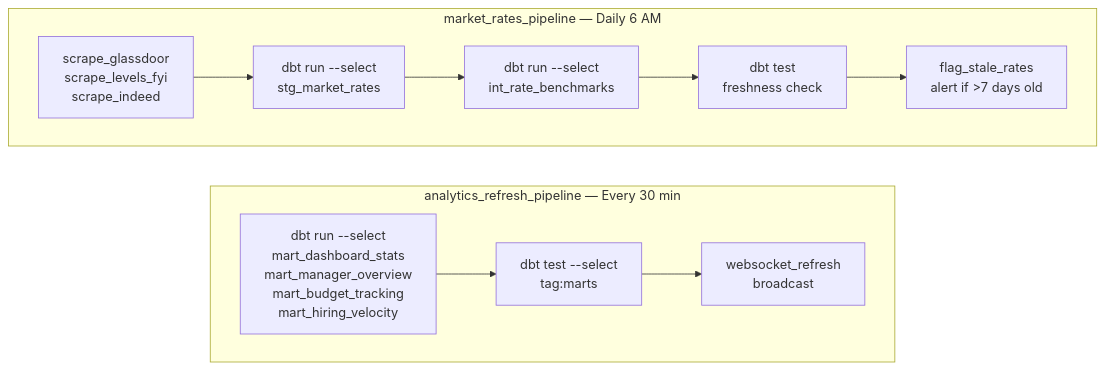
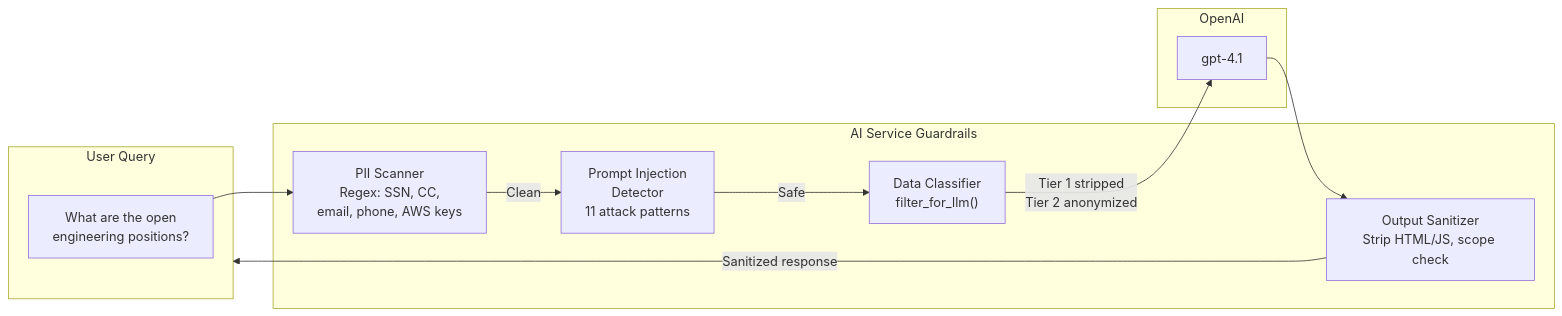
One commit to shankasf/notification_automation changed the third of 4 diagrams in README.md. Above: the diagram before and after it, drawn with Mermaid. The commit also changed other lines of this file and 53 other files, not shown here.

First line of the commit message:
feat: Add AWS SQS, CloudWatch, auth, data compliance, and guardrails

````diff
--- a/README.md
+++ b/README.md
@@ -495,20 +494,20 @@
 ```mermaid
 flowchart LR
-    subgraph Analytics["analytics_refresh_pipeline — Every 30 min"]
-        direction LR
-        A1["dbt run --select<br/>mart_dashboard_stats<br/>mart_manager_overview<br/>mart_budget_tracking<br/>mart_hiring_velocity"]
-        A2["dbt test --select<br/>tag:marts"]
-        A3["websocket_refresh<br/>broadcast"]
-        A1 --> A2 --> A3
+    subgraph User["User Query"]
+        Q["What are the open<br/>engineering positions?"]
     end
 
-    subgraph Market["market_rates_pipeline — Daily 6 AM"]
-        direction LR
-        M1["scrape_glassdoor<br/>scrape_levels_fyi<br/>scrape_indeed"]
-        M2["dbt run --select<br/>stg_market_rates"]
-        M3["dbt run --select<br/>int_rate_benchmarks"]
-        M4["dbt test<br/>freshness check"]
-        M5["flag_stale_rates<br/>alert if >7 days old"]
-        M1 --> M2 --> M3 --> M4 --> M5
+    subgraph Guards["AI Service Guardrails"]
+        PII["PII Scanner<br/>Regex: SSN, CC,<br/>email, phone, AWS keys"]
+        PI["Prompt Injection<br/>Detector<br/>11 attack patterns"]
+        DC["Data Classifier<br/>filter_for_llm()"]
+        OS["Output Sanitizer<br/>Strip HTML/JS, scope check"]
     end
+
+    subgraph LLM["OpenAI"]
+        GPT[gpt-4.1]
+    end
+
+    Q --> PII -->|"Clean"| PI -->|"Safe"| DC -->|"Tier 1 stripped<br/>Tier 2 anonymized"| GPT
+    GPT --> OS -->|"Sanitized response"| User
 ```
````
